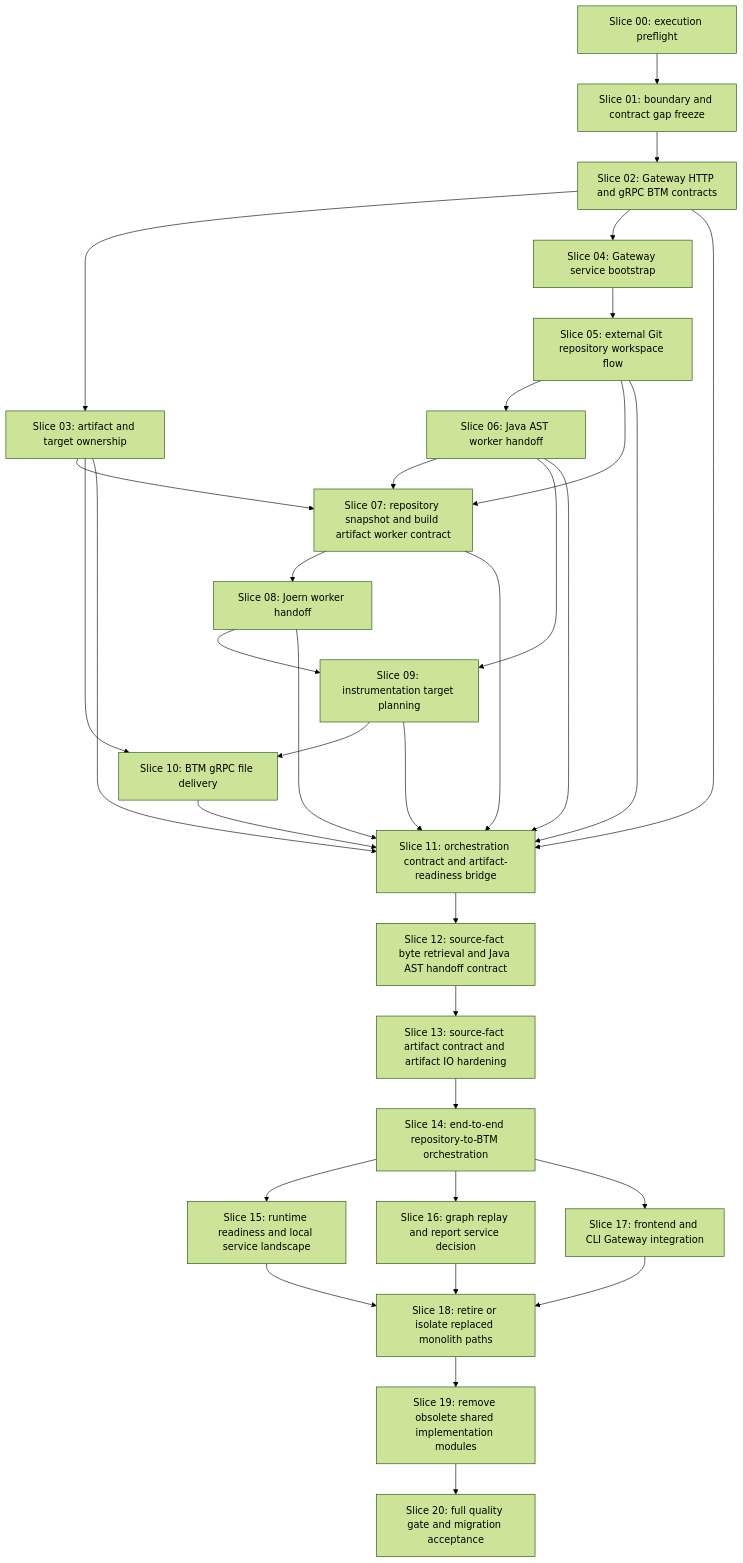
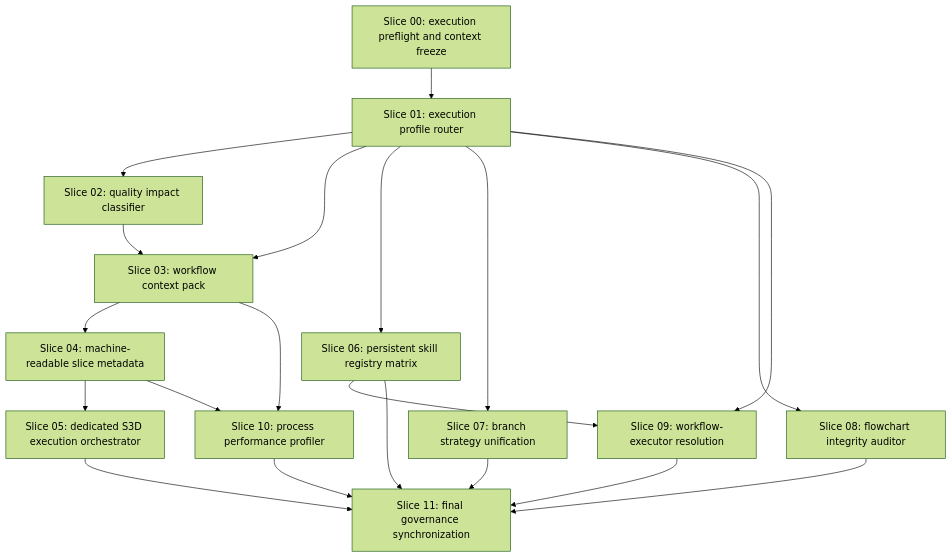
The diagram in docs/workflow/slice-dependency-map.md (MatthiasBurger-Coder/forensic_analytics), drawn with Mermaid (forest theme) before and after one commit. The commit also changed other lines of this file and 11 other files, not shown here.

First line of the commit message:
docs(workflow): create governance performance workflow

````diff
--- a/docs/workflow/slice-dependency-map.md
+++ b/docs/workflow/slice-dependency-map.md
@@ -3,56 +3,35 @@
 ```mermaid
 flowchart TD
-  S00["Slice 00: execution preflight"]
-  S01["Slice 01: boundary and contract gap freeze"]
-  S02["Slice 02: Gateway HTTP and gRPC BTM contracts"]
-  S03["Slice 03: artifact and target ownership"]
-  S04["Slice 04: Gateway service bootstrap"]
-  S05["Slice 05: external Git repository workspace flow"]
-  S06["Slice 06: Java AST worker handoff"]
-  S07["Slice 07: repository snapshot and build artifact worker contract"]
-  S08["Slice 08: Joern worker handoff"]
-  S09["Slice 09: instrumentation target planning"]
-  S10["Slice 10: BTM gRPC file delivery"]
-  S11["Slice 11: orchestration contract and artifact-readiness bridge"]
-  S12["Slice 12: source-fact byte retrieval and Java AST handoff contract"]
-  S13["Slice 13: source-fact artifact contract and artifact IO hardening"]
-  S14["Slice 14: end-to-end repository-to-BTM orchestration"]
-  S15["Slice 15: runtime readiness and local service landscape"]
-  S16["Slice 16: graph replay and report service decision"]
-  S17["Slice 17: frontend and CLI Gateway integration"]
-  S18["Slice 18: retire or isolate replaced monolith paths"]
-  S19["Slice 19: remove obsolete shared implementation modules"]
-  S20["Slice 20: full quality gate and migration acceptance"]
+  S00["Slice 00: execution preflight and context freeze"]
+  S01["Slice 01: execution profile router"]
+  S02["Slice 02: quality impact classifier"]
+  S03["Slice 03: workflow context pack"]
+  S04["Slice 04: machine-readable slice metadata"]
+  S05["Slice 05: dedicated S3D execution orchestrator"]
+  S06["Slice 06: persistent skill registry matrix"]
+  S07["Slice 07: branch strategy unification"]
+  S08["Slice 08: flowchart integrity auditor"]
+  S09["Slice 09: workflow-executor resolution"]
+  S10["Slice 10: process performance profiler"]
+  S11["Slice 11: final governance synchronization"]
 
-  S00 --> S01 --> S02
+  S00 --> S01
+  S01 --> S02
+  S01 --> S03
   S02 --> S03
-  S02 --> S04
+  S03 --> S04
   S04 --> S05
-  S05 --> S06
-  S03 --> S07
-  S05 --> S07
-  S06 --> S07
-  S07 --> S08
+  S01 --> S06
+  S01 --> S07
+  S01 --> S08
+  S01 --> S09
   S06 --> S09
-  S08 --> S09
   S03 --> S10
-  S09 --> S10
-  S02 --> S11
-  S03 --> S11
+  S04 --> S10
   S05 --> S11
   S06 --> S11
   S07 --> S11
   S08 --> S11
   S09 --> S11
   S10 --> S11
-  S11 --> S12
-  S12 --> S13
-  S13 --> S14
-  S14 --> S15
-  S14 --> S16
-  S14 --> S17
-  S15 --> S18
-  S16 --> S18
-  S17 --> S18
-  S18 --> S19 --> S20
 ```
````
